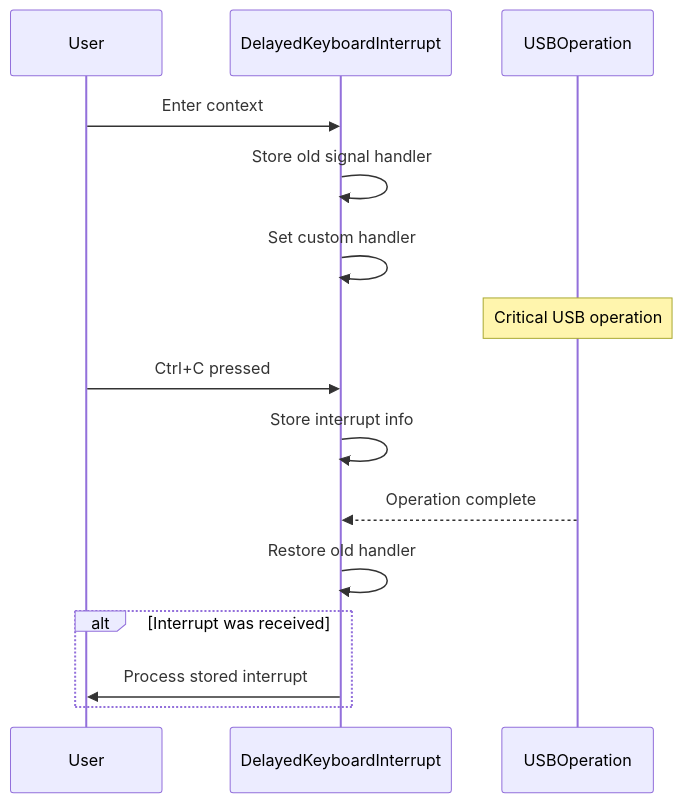
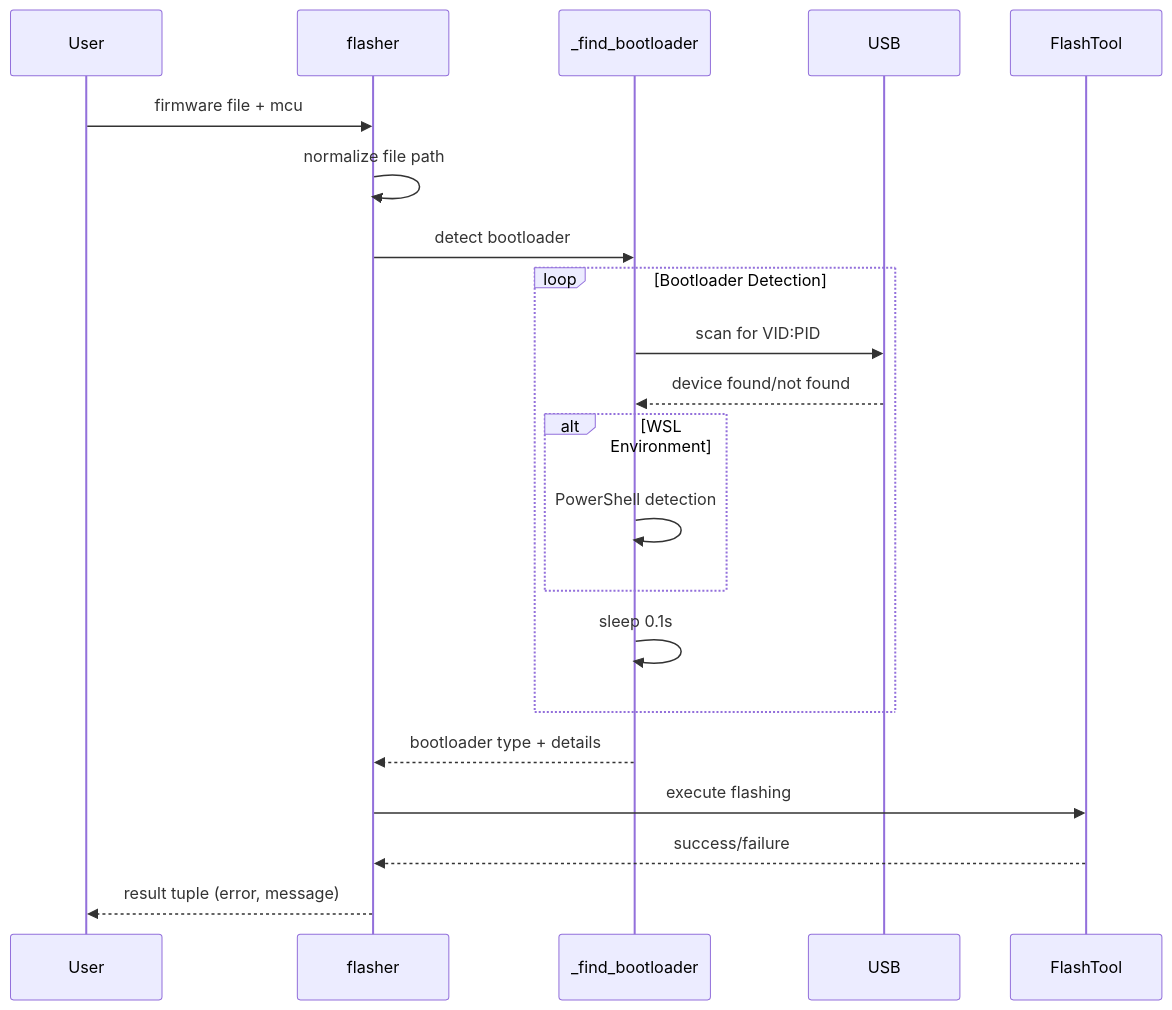
The second of 3 diagrams in docs/qmk--qmk_firmware-docs/flashers.md (FSoft-AI4Code/codewiki-demo), drawn with Mermaid before and after one commit. The commit also changed other lines of this file and 1103 other files, not shown here.

````diff
--- a/docs/qmk--qmk_firmware-docs/flashers.md
+++ b/docs/qmk--qmk_firmware-docs/flashers.md
@@ -69,20 +78,24 @@
 ```mermaid
 sequenceDiagram
     participant User
-    participant DelayedKeyboardInterrupt
-    participant USBOperation
+    participant flasher
+    participant _find_bootloader
+    participant USB
+    participant FlashTool
     
-    User->>DelayedKeyboardInterrupt: Enter context
-    DelayedKeyboardInterrupt->>DelayedKeyboardInterrupt: Store old signal handler
-    DelayedKeyboardInterrupt->>DelayedKeyboardInterrupt: Set custom handler
-    
-    Note over USBOperation: Critical USB operation
-    User->>DelayedKeyboardInterrupt: Ctrl+C pressed
-    DelayedKeyboardInterrupt->>DelayedKeyboardInterrupt: Store interrupt info
-    
-    USBOperation-->>DelayedKeyboardInterrupt: Operation complete
-    DelayedKeyboardInterrupt->>DelayedKeyboardInterrupt: Restore old handler
-    alt Interrupt was received
-        DelayedKeyboardInterrupt->>User: Process stored interrupt
+    User->>flasher: firmware file + mcu
+    flasher->>flasher: normalize file path
+    flasher->>_find_bootloader: detect bootloader
+    loop Bootloader Detection
+        _find_bootloader->>USB: scan for VID:PID
+        USB-->>_find_bootloader: device found/not found
+        alt WSL Environment
+            _find_bootloader->>_find_bootloader: PowerShell detection
+        end
+        _find_bootloader->>_find_bootloader: sleep 0.1s
     end
+    _find_bootloader-->>flasher: bootloader type + details
+    flasher->>FlashTool: execute flashing
+    FlashTool-->>flasher: success/failure
+    flasher-->>User: result tuple (error, message)
 ```
````
